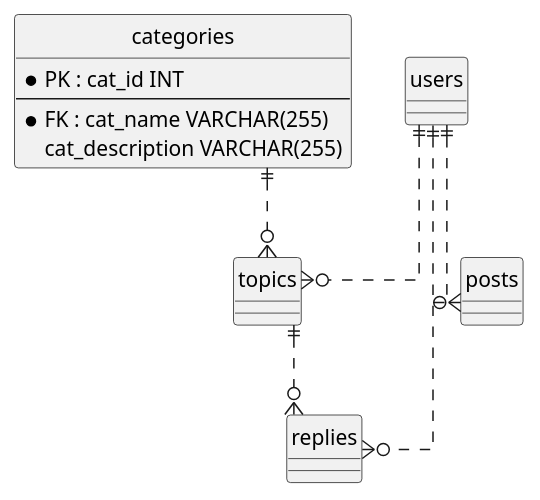
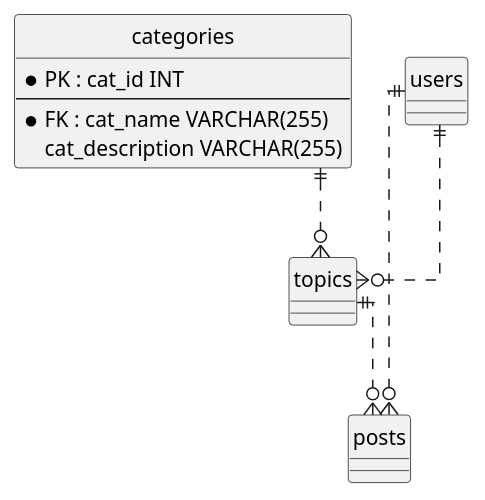
Before and after one commit to Jesper-Hansenberg/MyFullstackWebsite: the diagram in 3_Lesson/Design/Design.puml, drawn with PlantUML. The commit also changed 5 other files, not shown here.

```diff
--- a/3_Lesson/Design/Design.puml
+++ b/3_Lesson/Design/Design.puml
@@ -1,39 +1,34 @@
 @startuml
 
 ' hide the spot
 hide circle
 
 ' avoid problems with angled crows feet
 skinparam linetype ortho
 
 entity "categories" as er_cate {
   * PK : cat_id INT
   --
   * FK : cat_name VARCHAR(255)
   cat_description VARCHAR(255)
-}
-
-entity "replies" as er_repl {
-    
 }
 
 entity "users" as er_user {
 
 }
 
 entity "topics" as er_topi {
 
 }
 
 entity "posts" as er_post {
 
 }
 
 
 er_cate ||..o{ er_topi
 er_user ||..o{ er_post
 er_user ||..o{ er_topi
-er_user ||..o{ er_repl
-er_topi ||..o{ er_repl
+er_topi ||..o{ er_post
 
 @enduml
```
